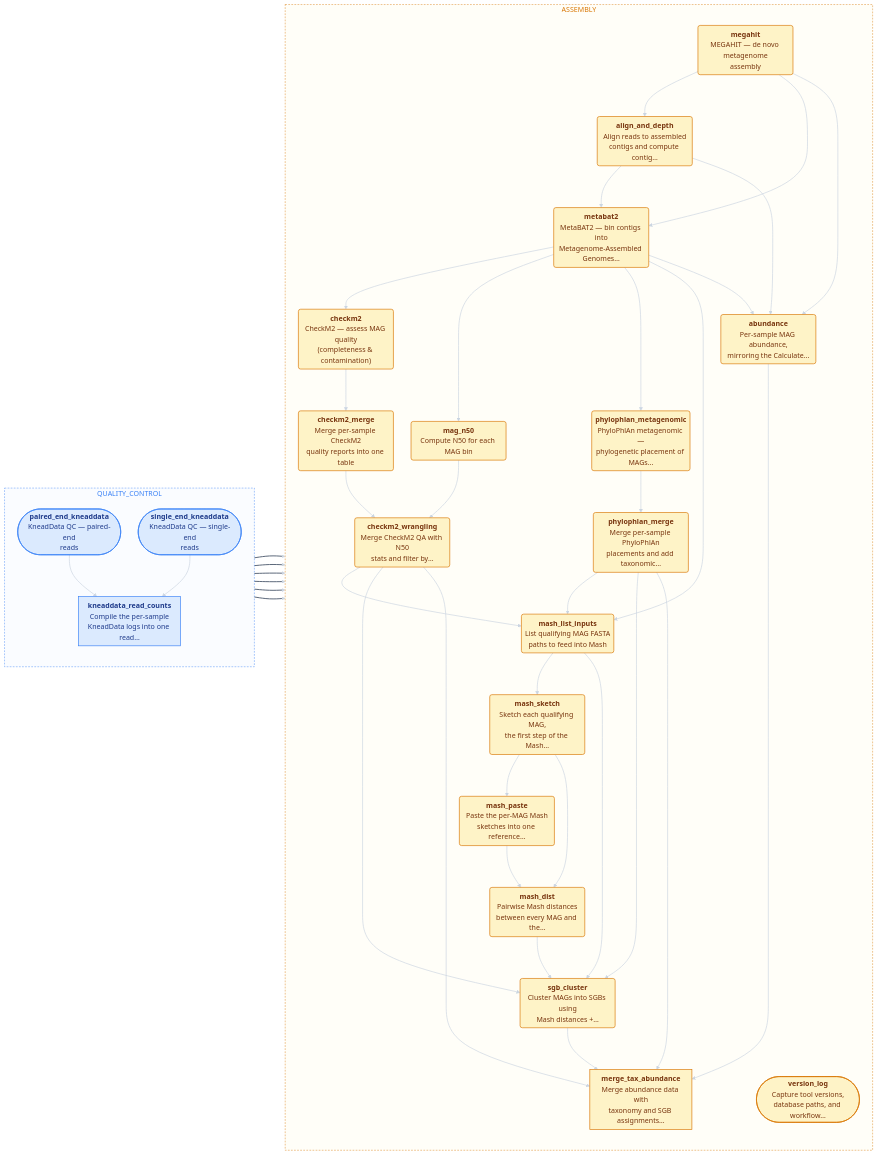
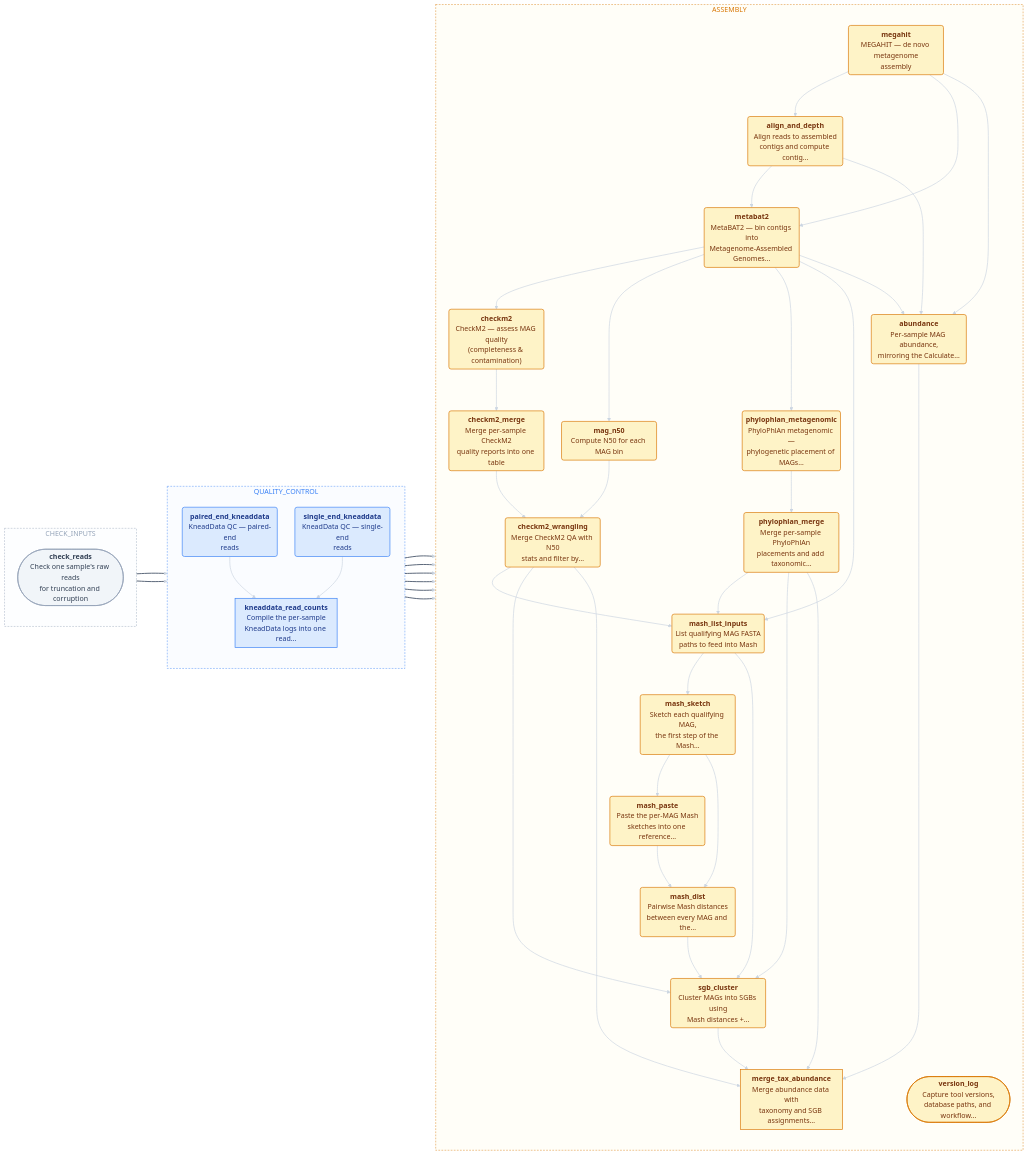
The diagram in docs/diagrams/assembly.mmd (biobakery/biobakery-nextflow), drawn with Mermaid before and after one commit. The commit also changed 19 other files, not shown here.

First line of the commit message:
Check the input reads before profiling, and drop the bad samples

```diff
--- a/docs/diagrams/assembly.mmd
+++ b/docs/diagrams/assembly.mmd
@@ -1,77 +1,86 @@
 %%{init: {"flowchart": {"curve": "basis", "nodeSpacing": 40,
                         "rankSpacing": 70, "padding": 8}}}%%
 flowchart LR
+    subgraph CHECK_INPUTS
+        direction TB
+        check_reads(["<b>check_reads</b><br/>Check one sample's raw reads<br/>for truncation and corruption"])
+    end
     subgraph QUALITY_CONTROL
         direction TB
-        paired_end_kneaddata(["<b>paired_end_kneaddata</b><br/>KneadData QC — paired-end<br/>reads"])
-        single_end_kneaddata(["<b>single_end_kneaddata</b><br/>KneadData QC — single-end<br/>reads"])
+        paired_end_kneaddata("<b>paired_end_kneaddata</b><br/>KneadData QC — paired-end<br/>reads")
+        single_end_kneaddata("<b>single_end_kneaddata</b><br/>KneadData QC — single-end<br/>reads")
         kneaddata_read_counts["<b>kneaddata_read_counts</b><br/>Compile the per-sample<br/>KneadData logs into one read…"]
     end
     subgraph ASSEMBLY
         direction TB
         megahit("<b>megahit</b><br/>MEGAHIT — de novo metagenome<br/>assembly")
         align_and_depth("<b>align_and_depth</b><br/>Align reads to assembled<br/>contigs and compute contig…")
         metabat2("<b>metabat2</b><br/>MetaBAT2 — bin contigs into<br/>Metagenome-Assembled Genomes…")
         checkm2("<b>checkm2</b><br/>CheckM2 — assess MAG quality<br/>(completeness & contamination)")
         mag_n50("<b>mag_n50</b><br/>Compute N50 for each MAG bin")
         checkm2_merge("<b>checkm2_merge</b><br/>Merge per-sample CheckM2<br/>quality reports into one table")
         checkm2_wrangling("<b>checkm2_wrangling</b><br/>Merge CheckM2 QA with N50<br/>stats and filter by…")
         phylophlan_metagenomic("<b>phylophlan_metagenomic</b><br/>PhyloPhlAn metagenomic —<br/>phylogenetic placement of MAGs…")
         phylophlan_merge("<b>phylophlan_merge</b><br/>Merge per-sample PhyloPhlAn<br/>placements and add taxonomic…")
         mash_list_inputs("<b>mash_list_inputs</b><br/>List qualifying MAG FASTA<br/>paths to feed into Mash")
         mash_sketch("<b>mash_sketch</b><br/>Sketch each qualifying MAG,<br/>the first step of the Mash…")
         mash_paste("<b>mash_paste</b><br/>Paste the per-MAG Mash<br/>sketches into one reference…")
         mash_dist("<b>mash_dist</b><br/>Pairwise Mash distances<br/>between every MAG and the…")
         sgb_cluster("<b>sgb_cluster</b><br/>Cluster MAGs into SGBs using<br/>Mash distances +…")
         abundance("<b>abundance</b><br/>Per-sample MAG abundance,<br/>mirroring the Calculate…")
         merge_tax_abundance["<b>merge_tax_abundance</b><br/>Merge abundance data with<br/>taxonomy and SGB assignments…"]
         version_log(["<b>version_log</b><br/>Capture tool versions,<br/>database paths, and workflow…"])
     end
 
+    check_reads --> paired_end_kneaddata
+    check_reads --> single_end_kneaddata
     paired_end_kneaddata --> kneaddata_read_counts
     paired_end_kneaddata --> megahit
     paired_end_kneaddata --> align_and_depth
     paired_end_kneaddata --> abundance
     single_end_kneaddata --> kneaddata_read_counts
     single_end_kneaddata --> megahit
     single_end_kneaddata --> align_and_depth
     single_end_kneaddata --> abundance
     megahit --> align_and_depth
     megahit --> metabat2
     megahit --> abundance
     align_and_depth --> metabat2
     align_and_depth --> abundance
     metabat2 --> checkm2
     metabat2 --> mag_n50
     metabat2 --> phylophlan_metagenomic
     metabat2 --> mash_list_inputs
     metabat2 --> abundance
     checkm2 --> checkm2_merge
     mag_n50 --> checkm2_wrangling
     checkm2_merge --> checkm2_wrangling
     checkm2_wrangling --> mash_list_inputs
     checkm2_wrangling --> sgb_cluster
     checkm2_wrangling --> merge_tax_abundance
     phylophlan_metagenomic --> phylophlan_merge
     phylophlan_merge --> mash_list_inputs
     phylophlan_merge --> sgb_cluster
     phylophlan_merge --> merge_tax_abundance
     mash_list_inputs --> mash_sketch
     mash_list_inputs --> sgb_cluster
     mash_sketch --> mash_paste
     mash_sketch --> mash_dist
     mash_paste --> mash_dist
     mash_dist --> sgb_cluster
     sgb_cluster --> merge_tax_abundance
     abundance --> merge_tax_abundance
 
+    style CHECK_INPUTS fill:#f1f5f922,stroke:#94a3b8,stroke-width:1px,stroke-dasharray:4 3,color:#94a3b8
     style QUALITY_CONTROL fill:#dbeafe22,stroke:#3b82f6,stroke-width:1px,stroke-dasharray:4 3,color:#3b82f6
     style ASSEMBLY fill:#fef3c722,stroke:#d97706,stroke-width:1px,stroke-dasharray:4 3,color:#d97706
 
-    classDef stage0 fill:#dbeafe,stroke:#3b82f6,stroke-width:1.5px,color:#1e3a8a
-    class paired_end_kneaddata,single_end_kneaddata,kneaddata_read_counts stage0
-    classDef stage1 fill:#fef3c7,stroke:#d97706,stroke-width:1.5px,color:#78350f
-    class megahit,align_and_depth,metabat2,checkm2,mag_n50,checkm2_merge,checkm2_wrangling,phylophlan_metagenomic,phylophlan_merge,mash_list_inputs,mash_sketch,mash_paste,mash_dist,sgb_cluster,abundance,merge_tax_abundance,version_log stage1
+    classDef stage0 fill:#f1f5f9,stroke:#94a3b8,stroke-width:1.5px,color:#334155
+    class check_reads stage0
+    classDef stage1 fill:#dbeafe,stroke:#3b82f6,stroke-width:1.5px,color:#1e3a8a
+    class paired_end_kneaddata,single_end_kneaddata,kneaddata_read_counts stage1
+    classDef stage2 fill:#fef3c7,stroke:#d97706,stroke-width:1.5px,color:#78350f
+    class megahit,align_and_depth,metabat2,checkm2,mag_n50,checkm2_merge,checkm2_wrangling,phylophlan_metagenomic,phylophlan_merge,mash_list_inputs,mash_sketch,mash_paste,mash_dist,sgb_cluster,abundance,merge_tax_abundance,version_log stage2
 
     linkStyle default stroke:#cbd5e1,stroke-width:1.5px
-    linkStyle 1,2,3,5,6,7 stroke:#475569,stroke-width:2px
+    linkStyle 0,1,3,4,5,7,8,9 stroke:#475569,stroke-width:2px
```
